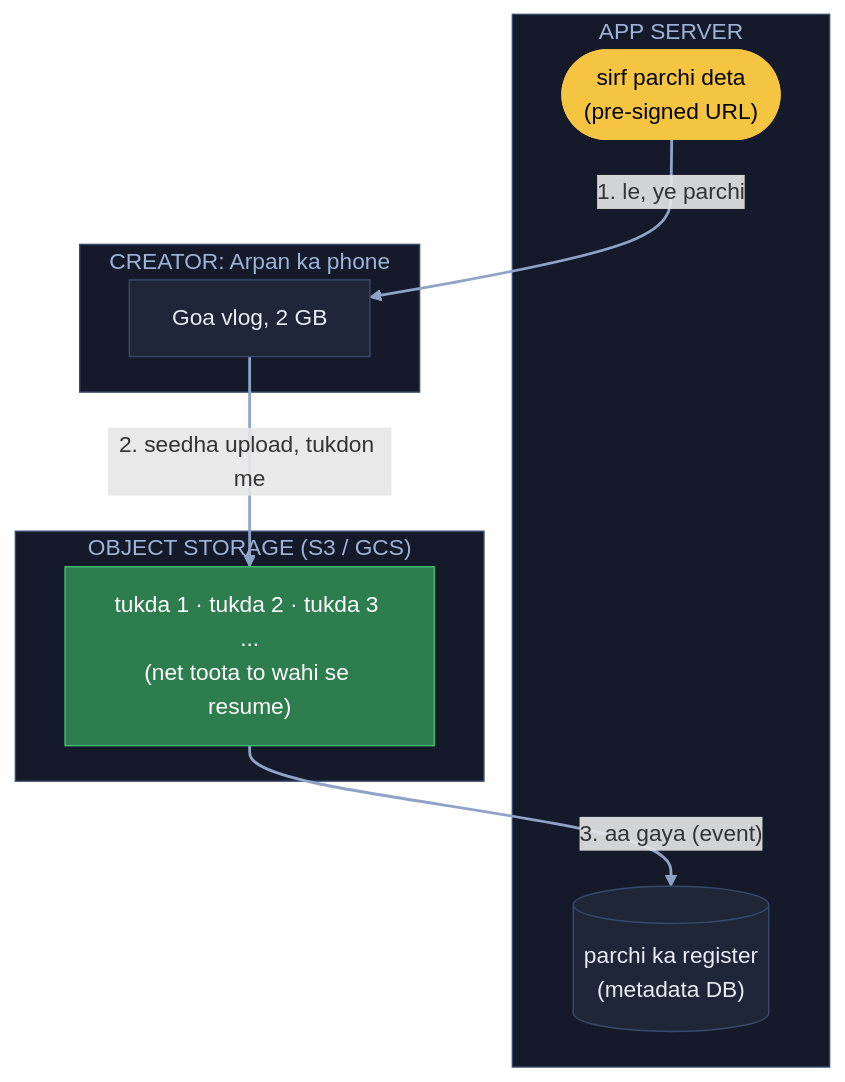
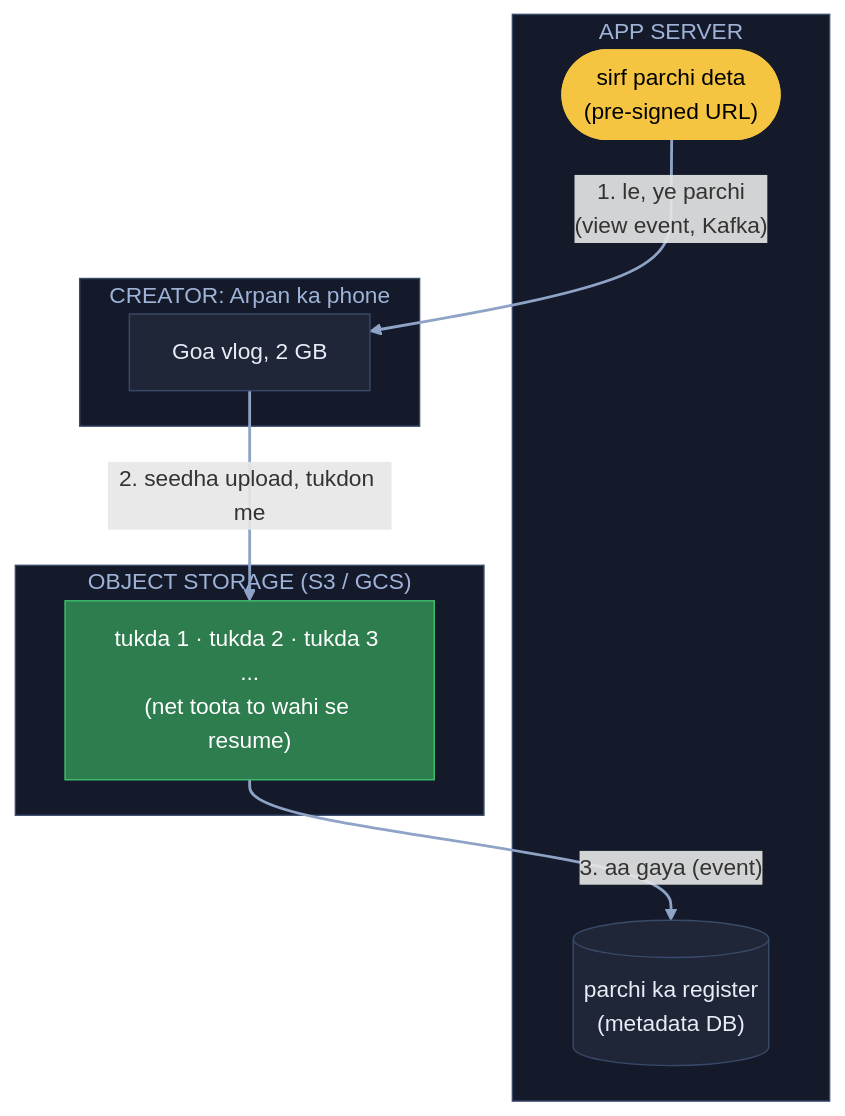
The first of 9 diagrams in 04_HLD/SYSTEM_DESIGNS/19_youtube/19_youtube.md (ArpanMaheshwari144/Prep), drawn with Mermaid before and after one commit. The commit also changed 20 other files, not shown here.

Commit message:
HLD main files: diagram me kahani shabd + bracket me asli naam (21 design, 182 label)

````diff
--- a/04_HLD/SYSTEM_DESIGNS/19_youtube/19_youtube.md
+++ b/04_HLD/SYSTEM_DESIGNS/19_youtube/19_youtube.md
@@ -86,23 +86,23 @@
 ```mermaid
 flowchart TB
     subgraph C["CREATOR: Arpan ka phone"]
         F["Goa vlog, 2 GB"]:::card
     end
     subgraph A["APP SERVER"]
         P(["sirf parchi deta<br/>(pre-signed URL)"]):::pill
         M[("parchi ka register<br/>(metadata DB)")]:::card
     end
     subgraph S["OBJECT STORAGE (S3 / GCS)"]
         T["tukda 1 · tukda 2 · tukda 3 ...<br/>(net toota to wahi se resume)"]:::good
     end
-    P -- "1. le, ye parchi" --> F
+    P -- "1. le, ye parchi<br/>(view event, Kafka)" --> F
     F == "2. seedha upload, tukdon me" ==> T
     T -- "3. aa gaya (event)" --> M
     linkStyle default stroke:#8fa3c7,stroke-width:2px
     classDef card fill:#1e2638,stroke:#3a4a6b,color:#e8ecf5
     classDef pill fill:#f5c542,stroke:#f5c542,color:#000
     classDef good fill:#2e7d4f,stroke:#3fbf6f,color:#fff
     style C fill:#141a29,stroke:#3a4a6b,color:#9fb3d9
     style A fill:#141a29,stroke:#3a4a6b,color:#9fb3d9
     style S fill:#141a29,stroke:#3a4a6b,color:#9fb3d9
 ```
````
